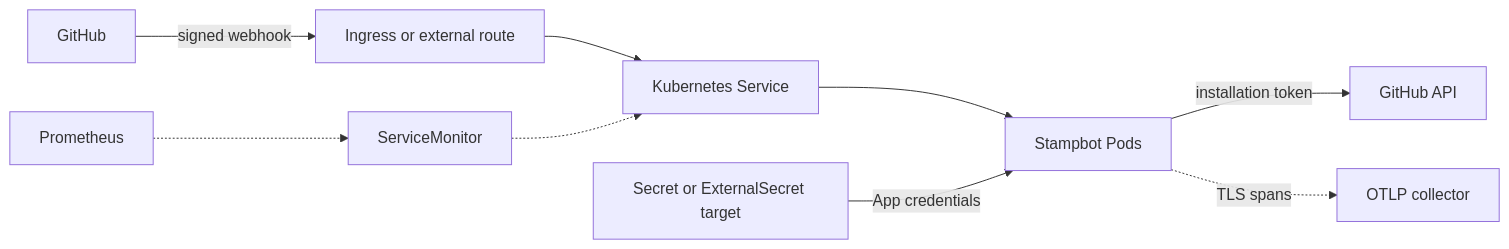
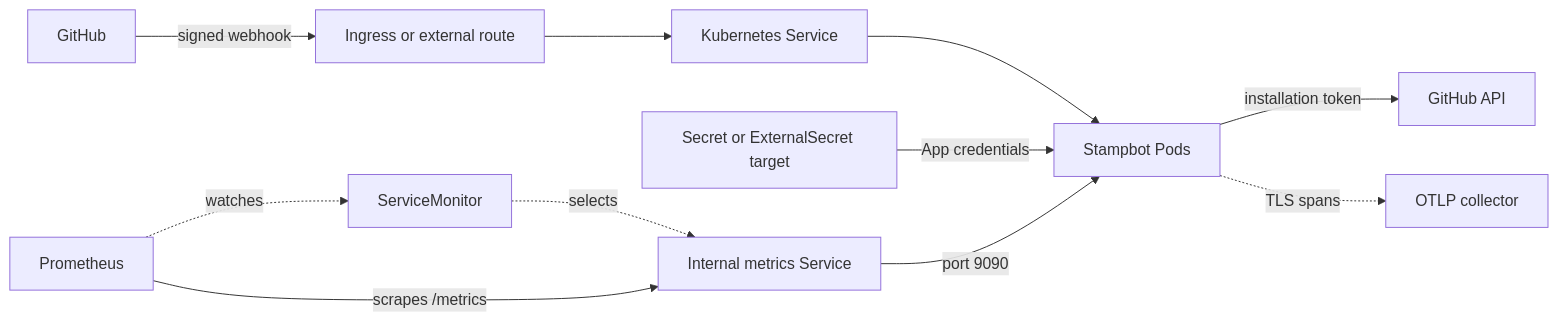
Before and after one commit to dannysauer/stampbot: the diagram in charts/stampbot/README.md, drawn with Mermaid. The commit also changed other lines of this file and 29 other files, not shown here.

Commit message:
fix(metrics): isolate Prometheus endpoint

````diff
--- a/charts/stampbot/README.md
+++ b/charts/stampbot/README.md
@@ -10,21 +10,24 @@
 ```mermaid
 flowchart LR
     github["GitHub"]
     ingress["Ingress or external route"]
     service["Kubernetes Service"]
     pods["Stampbot Pods"]
     api["GitHub API"]
     secret["Secret or ExternalSecret target"]
     prometheus["Prometheus"]
     monitor["ServiceMonitor"]
     collector["OTLP collector"]
+    metricsService["Internal metrics Service"]
 
     github -->|signed webhook| ingress
     ingress --> service
     service --> pods
     secret -->|App credentials| pods
     pods -->|installation token| api
     pods -.->|TLS spans| collector
-    prometheus -.-> monitor
-    monitor -.-> service
+    prometheus -.->|watches| monitor
+    monitor -.->|selects| metricsService
+    prometheus -->|scrapes /metrics| metricsService
+    metricsService -->|port 9090| pods
 ```
````
